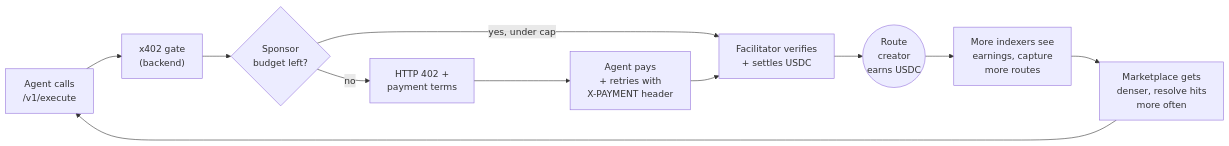
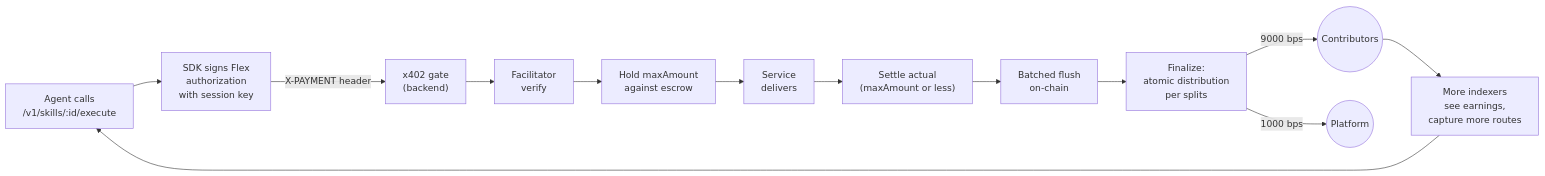
The diagram in docs/x402-flywheel.md (unbrowse-ai/unbrowse), drawn with Mermaid before and after one commit. The commit also changed other lines of this file and 25 other files, not shown here.

````diff
--- a/docs/x402-flywheel.md
+++ b/docs/x402-flywheel.md
@@ -27,23 +72,28 @@
 ```mermaid
 flowchart LR
-    Caller["Agent calls<br/>/v1/execute"]
+    Caller["Agent calls<br/>/v1/skills/:id/execute"]
+    SDK["SDK signs Flex<br/>authorization<br/>with session key"]
     Gate["x402 gate<br/>(backend)"]
-    Sponsor{"Sponsor<br/>budget left?"}
-    Terms402["HTTP 402 +<br/>payment terms"]
-    PayRetry["Agent pays<br/>+ retries with<br/>X-PAYMENT header"]
-    Settle["Facilitator verifies<br/>+ settles USDC"]
-    Creator(("Route<br/>creator<br/>earns USDC"))
-    Mining["More indexers see<br/>earnings, capture<br/>more routes"]
-    Discovery["Marketplace gets<br/>denser, resolve hits<br/>more often"]
+    Verify["Facilitator<br/>verify"]
+    Hold["Hold maxAmount<br/>against escrow"]
+    Deliver["Service<br/>delivers"]
+    Settle["Settle actual<br/>(maxAmount or less)"]
+    Flush["Batched flush<br/>on-chain"]
+    Finalize["Finalize:<br/>atomic distribution<br/>per splits"]
+    Contributors((Contributors))
+    Platform((Platform))
+    Mining["More indexers<br/>see earnings,<br/>capture more routes"]
 
-    Caller --> Gate
-    Gate --> Sponsor
-    Sponsor -->|yes, under cap| Settle
-    Sponsor -->|no| Terms402
-    Terms402 --> PayRetry
-    PayRetry --> Settle
-    Settle --> Creator
-    Creator --> Mining
-    Mining --> Discovery
-    Discovery --> Caller
+    Caller --> SDK
+    SDK -->|X-PAYMENT header| Gate
+    Gate --> Verify
+    Verify --> Hold
+    Hold --> Deliver
+    Deliver --> Settle
+    Settle --> Flush
+    Flush --> Finalize
+    Finalize -->|9000 bps| Contributors
+    Finalize -->|1000 bps| Platform
+    Contributors --> Mining
+    Mining --> Caller
 ```
````
